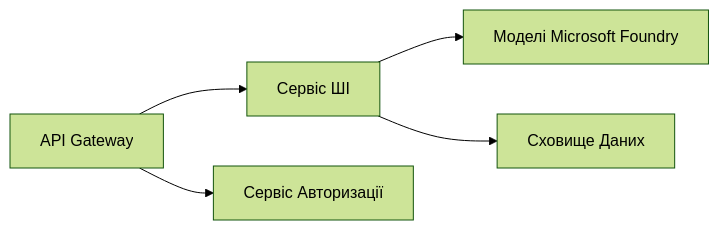
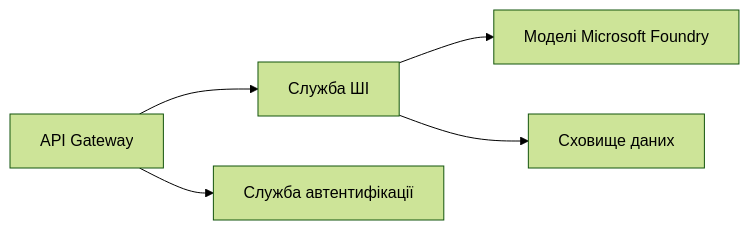
Before and after one commit to microsoft/AZD-for-beginners: the first of 2 diagrams in translations/uk/docs/chapter-08-production/README.md, drawn with Mermaid (forest theme). The commit also changed other lines of this file and 104 other files, not shown here.

````diff
--- a/translations/uk/docs/chapter-08-production/README.md
+++ b/translations/uk/docs/chapter-08-production/README.md
@@ -48,6 +48,6 @@
 ```mermaid
 graph LR
-    Gateway[API Gateway] --> AI[Сервіс ШІ] --> Models[Моделі Microsoft Foundry]
-    Gateway --> Auth[Сервіс Авторизації]
-    AI --> Data[Сховище Даних]
+    Gateway[API Gateway] --> AI[Служба ШІ] --> Models[Моделі Microsoft Foundry]
+    Gateway --> Auth[Служба автентифікації]
+    AI --> Data[Сховище даних]
 ```
````
